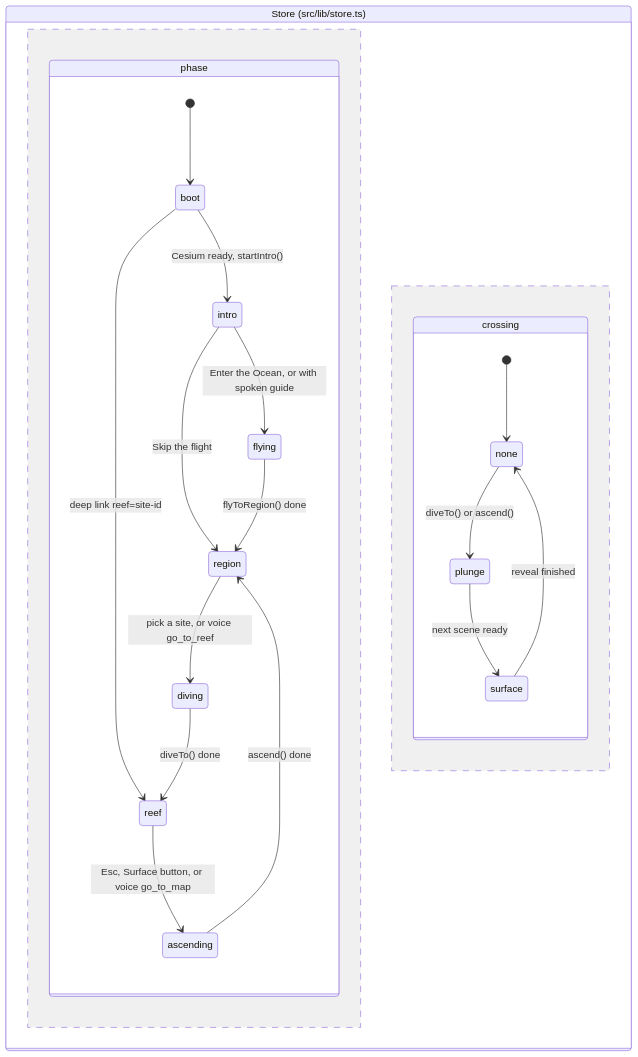
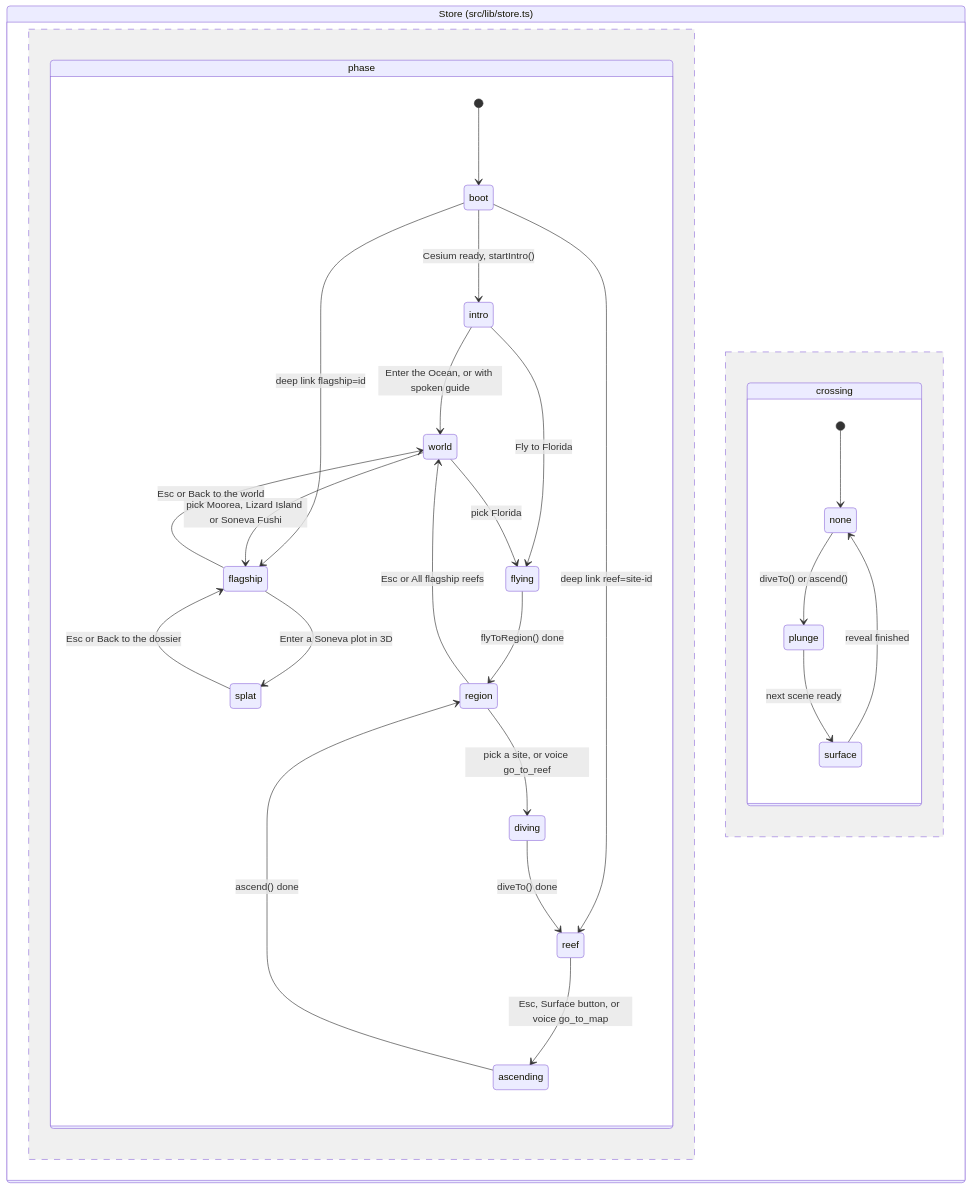
One commit to VJL0/owlhack-2026 changed the second of 14 diagrams in README.md. Above: the diagram before and after it, drawn with Mermaid. The commit also changed other lines of this file and 83 other files, not shown here.

First line of the commit message:
Rebuild Reef Atlas around three flagship reefs, keep Florida

````diff
--- a/README.md
+++ b/README.md
@@ -166,24 +196,31 @@
 ```mermaid
 stateDiagram-v2
     state "Store (src/lib/store.ts)" as Store {
         state "phase" as PhaseRegion {
             [*] --> boot
             boot --> intro: Cesium ready, startIntro()
             boot --> reef: deep link reef=site-id
-            intro --> flying: Enter the Ocean, or with spoken guide
-            intro --> region: Skip the flight
+            boot --> flagship: deep link flagship=id
+            intro --> world: Enter the Ocean, or with spoken guide
+            intro --> flying: Fly to Florida
+            world --> flagship: pick Moorea, Lizard Island or Soneva Fushi
+            flagship --> world: Esc or Back to the world
+            flagship --> splat: Enter a Soneva plot in 3D
+            splat --> flagship: Esc or Back to the dossier
+            world --> flying: pick Florida
+            region --> world: Esc or All flagship reefs
             flying --> region: flyToRegion() done
             region --> diving: pick a site, or voice go_to_reef
             diving --> reef: diveTo() done
             reef --> ascending: Esc, Surface button, or voice go_to_map
             ascending --> region: ascend() done
         }
         --
         state "crossing" as CrossingRegion {
             [*] --> none
             none --> plunge: diveTo() or ascend()
             plunge --> surface: next scene ready
             surface --> none: reveal finished
         }
     }
 ```
````
